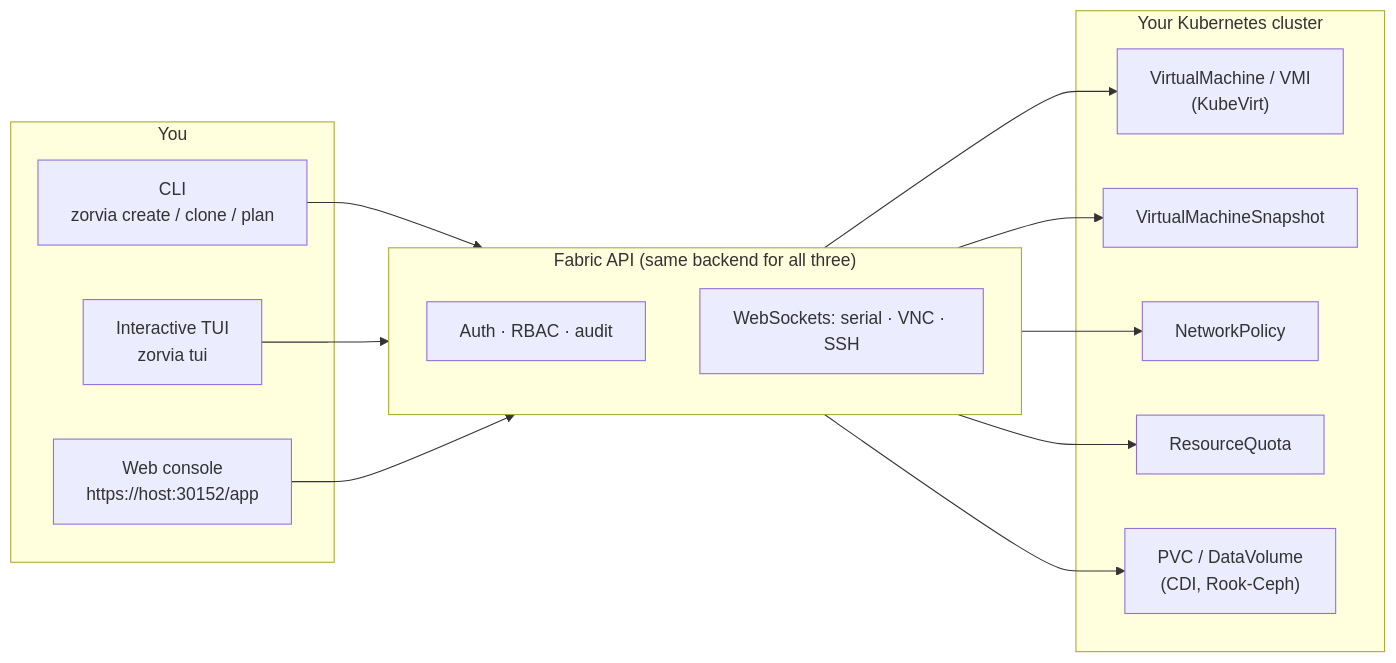
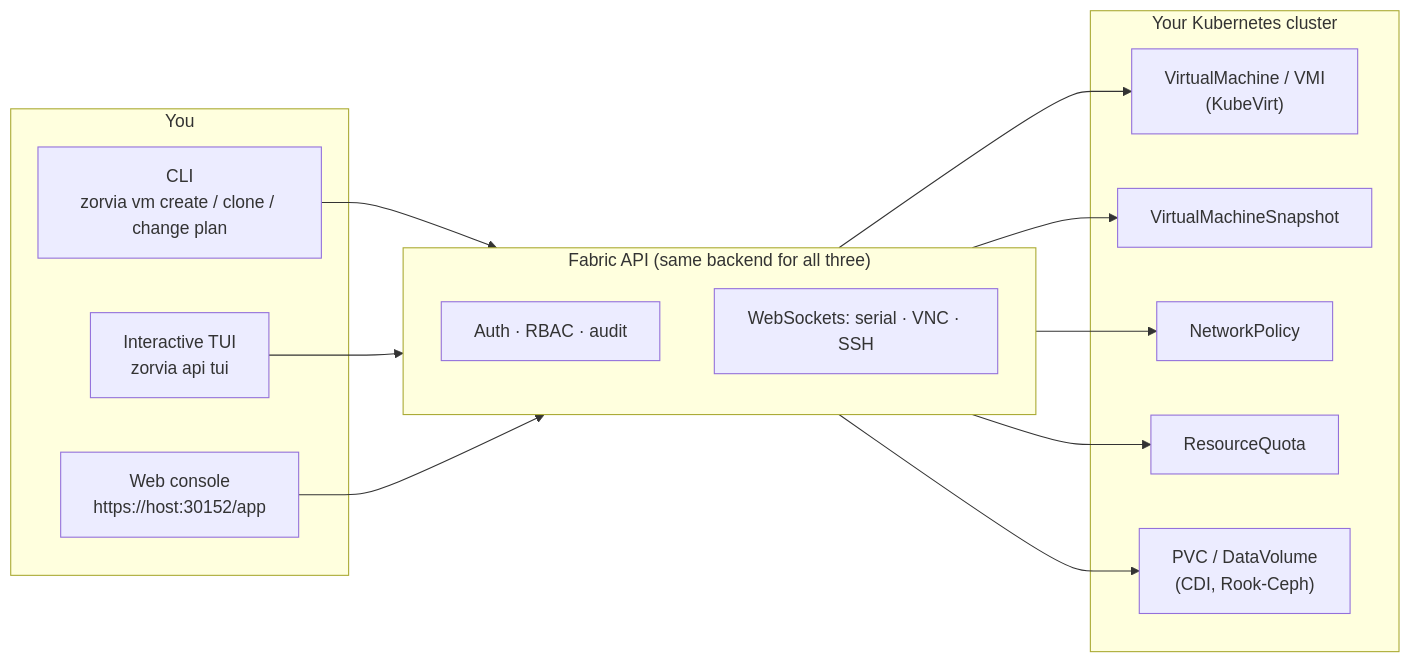
Before and after one commit to zyvorai/zorvia: the diagram in README.md, drawn with Mermaid. The commit also changed other lines of this file and 21 other files, not shown here.

````diff
--- a/README.md
+++ b/README.md
@@ -240,30 +240,30 @@
 ```mermaid
 flowchart LR
     subgraph You["You"]
-        CLI["CLI\nzorvia create / clone / plan"]
-        TUI["Interactive TUI\nzorvia tui"]
+        CLI["CLI\nzorvia vm create / clone / change plan"]
+        TUI["Interactive TUI\nzorvia api tui"]
         WEB["Web console\nhttps://host:30152/app"]
     end
 
     subgraph API["Fabric API (same backend for all three)"]
         AUTH["Auth · RBAC · audit"]
         WS["WebSockets: serial · VNC · SSH"]
     end
 
     subgraph K8S["Your Kubernetes cluster"]
         VM["VirtualMachine / VMI\n(KubeVirt)"]
         SNAP["VirtualMachineSnapshot"]
         NP["NetworkPolicy"]
         RQ["ResourceQuota"]
         PVC["PVC / DataVolume\n(CDI, Rook-Ceph)"]
     end
 
     CLI --> API
     TUI --> API
     WEB --> API
     API --> VM
     API --> SNAP
     API --> NP
     API --> RQ
     API --> PVC
 ```
````
